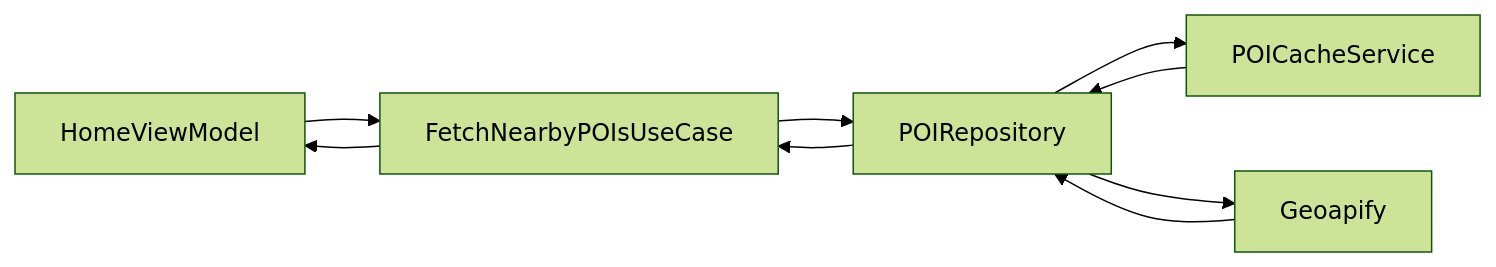
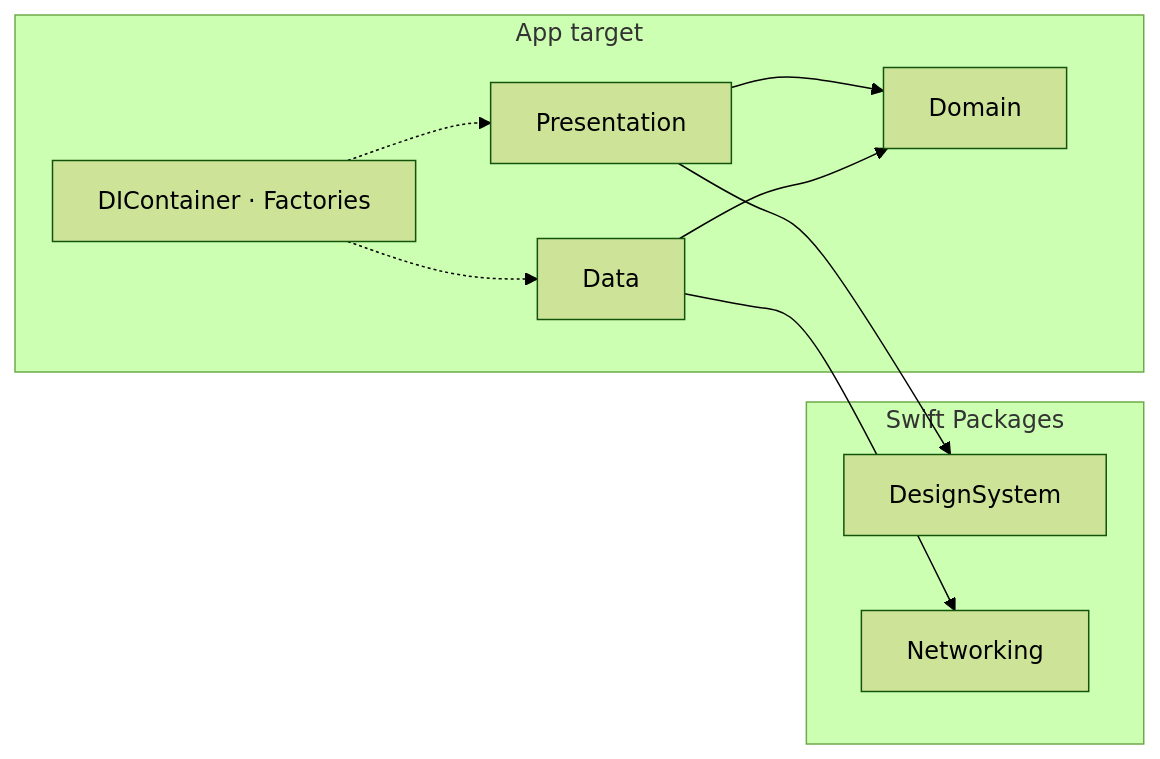
Before and after one commit to luizmellodev/Blueprint: the second of 4 diagrams in Documentation/Content/en/architecture/overview.md, drawn with Mermaid (forest theme). The commit also changed other lines of this file and 32 other files, not shown here.

````diff
--- a/Documentation/Content/en/architecture/overview.md
+++ b/Documentation/Content/en/architecture/overview.md
@@ -161,11 +43,21 @@
 ```mermaid
 flowchart LR
-  Home[HomeViewModel] --> UC[FetchNearbyPOIsUseCase]
-  UC --> Repo[POIRepository]
-  Repo --> Cache[POICacheService]
-  Repo --> API[Geoapify]
-  Cache --> Repo
-  API --> Repo
-  Repo --> UC
-  UC --> Home
+  subgraph App["App target"]
+    PRES[Presentation]
+    DOM[Domain]
+    DATA[Data]
+    DI[DIContainer · Factories]
+  end
+
+  subgraph Packages["Swift Packages"]
+    DS[DesignSystem]
+    NET[Networking]
+  end
+
+  PRES --> DOM
+  DATA --> DOM
+  DATA --> NET
+  PRES --> DS
+  DI -.-> PRES
+  DI -.-> DATA
 ```
````
